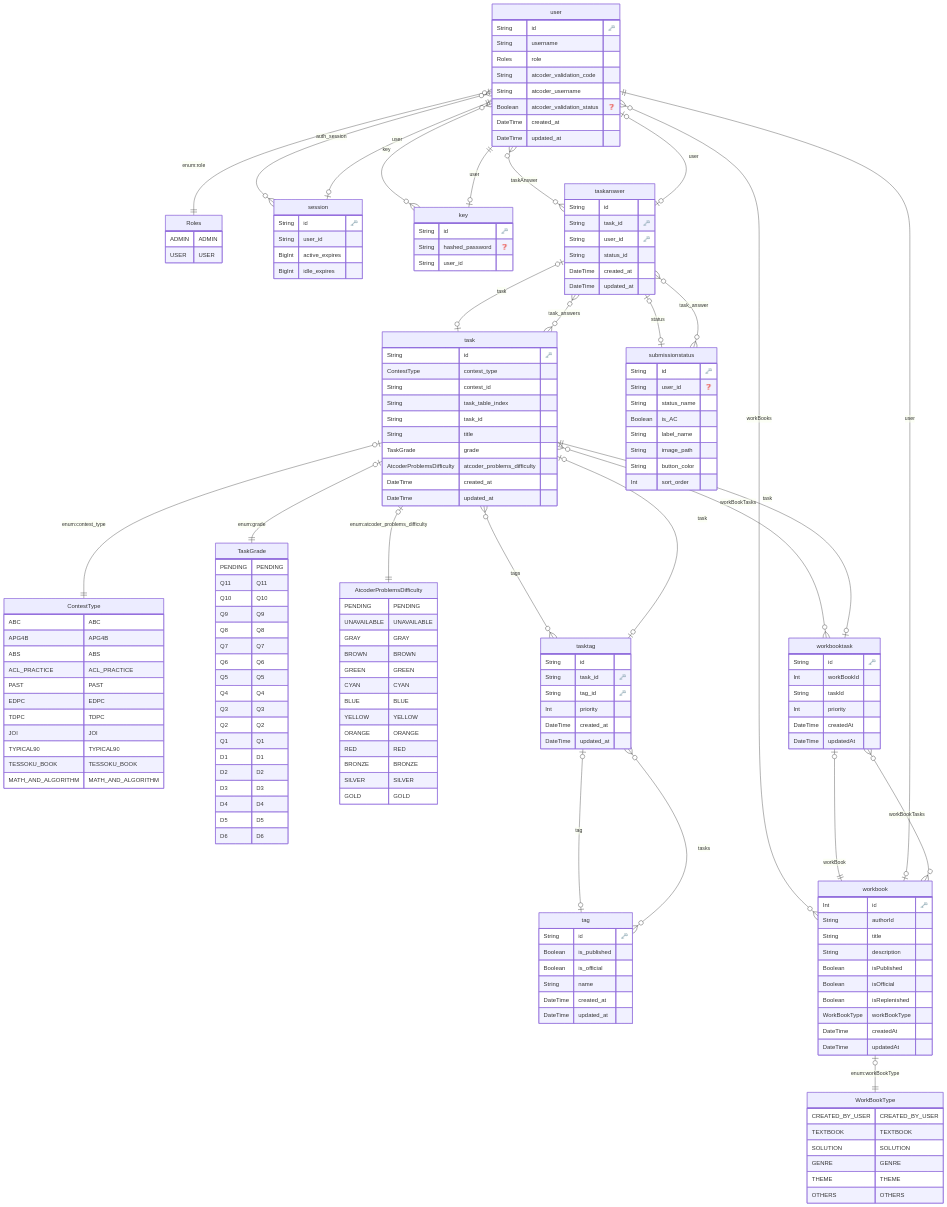
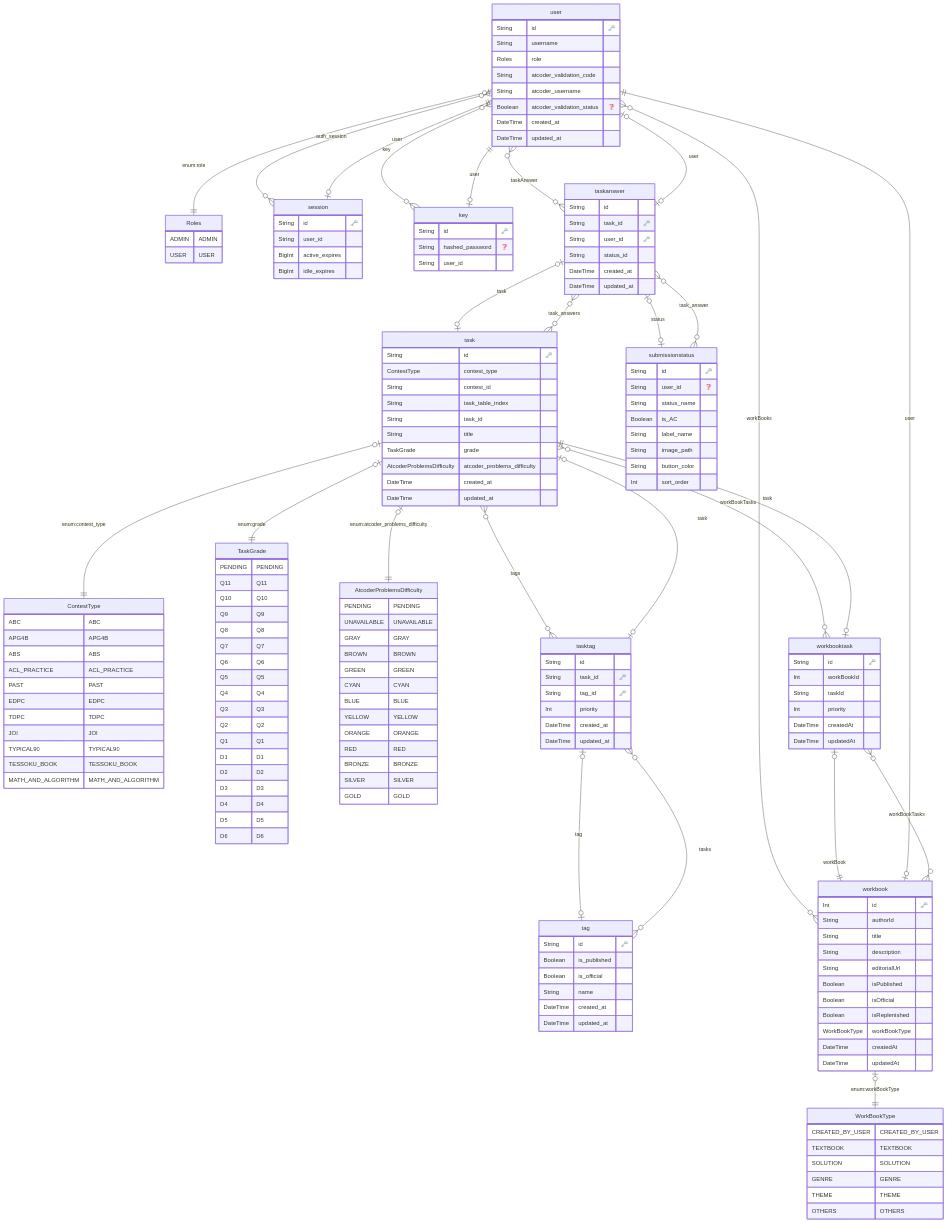
The diagram in prisma/ERD.md (AtCoder-NoviSteps/AtCoderNoviSteps), drawn with Mermaid before and after one commit. The commit also changed 4 other files, not shown here.

Commit message:
✨ Add editorialUrl to workbooks (#1026)

```diff
--- a/prisma/ERD.md
+++ b/prisma/ERD.md
@@ -162,6 +162,7 @@
     String authorId 
     String title 
     String description 
+    String editorialUrl 
     Boolean isPublished 
     Boolean isOfficial 
     Boolean isReplenished 
```
